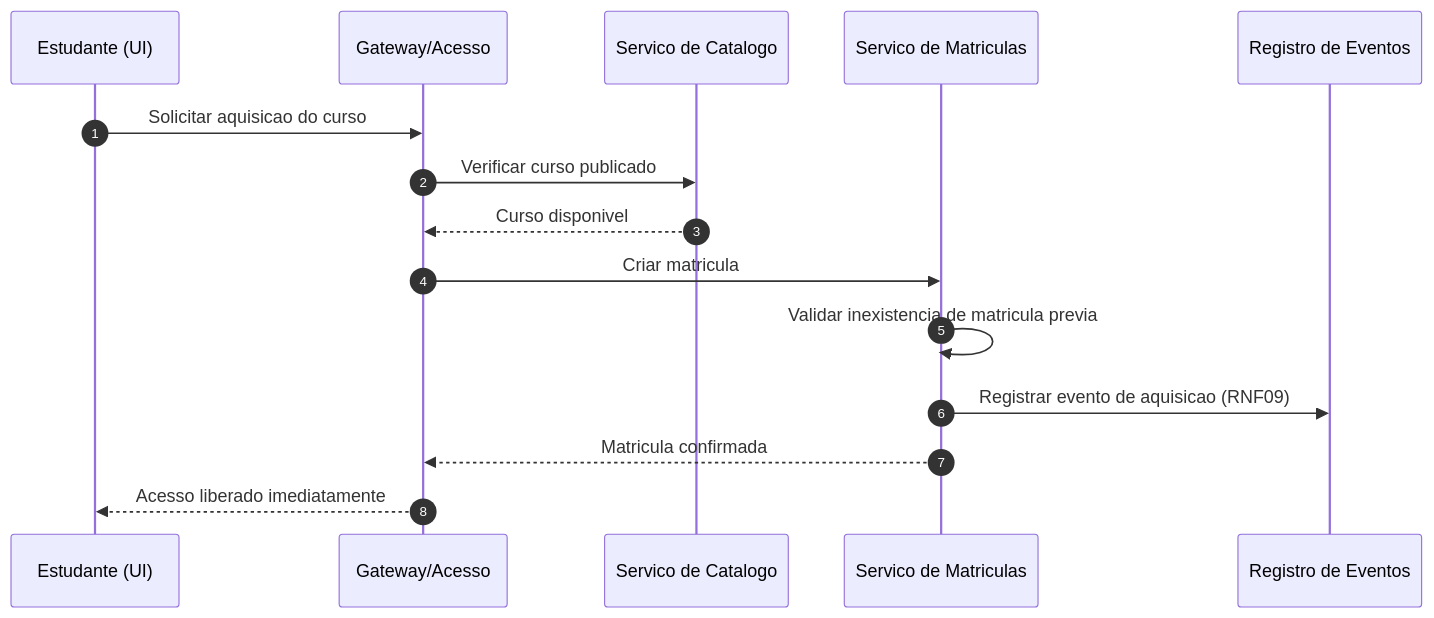
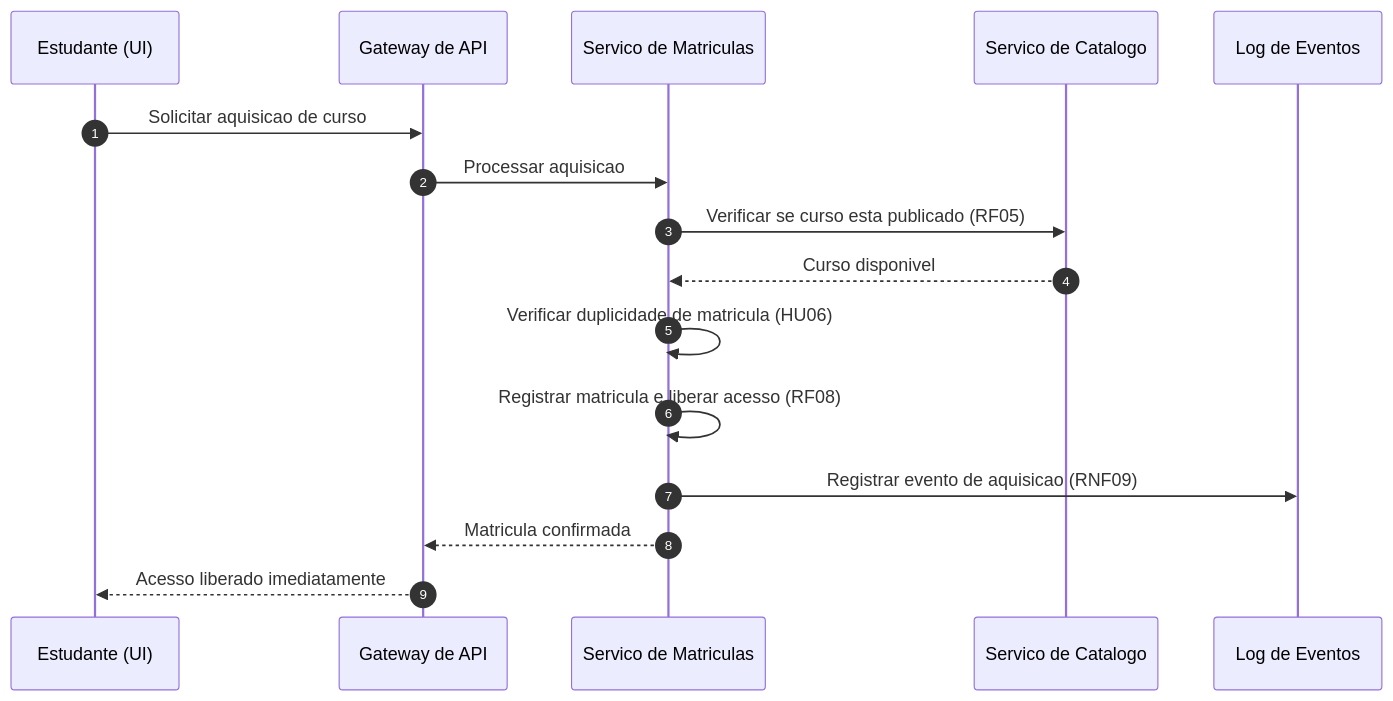
Before and after one commit to PDC-ESIA/AI4ES: the third of 3 diagrams in docs/Time_2_Design/analise-qualitativa/outputs/relatorio_claude_fable_5_M01.md, drawn with Mermaid. The commit also changed other lines of this file and 107 other files, not shown here.

````diff
--- a/docs/Time_2_Design/analise-qualitativa/outputs/relatorio_claude_fable_5_M01.md
+++ b/docs/Time_2_Design/analise-qualitativa/outputs/relatorio_claude_fable_5_M01.md
@@ -107,18 +109,19 @@
 ```mermaid
 sequenceDiagram
     autonumber
-    participant E as Estudante (UI)
-    participant GW as Gateway/Acesso
+    participant EST as Estudante (UI)
+    participant GW as Gateway de API
+    participant ENR as Servico de Matriculas
     participant CAT as Servico de Catalogo
-    participant ENR as Servico de Matriculas
-    participant LOG as Registro de Eventos
+    participant LOG as Log de Eventos
 
-    E->>GW: Solicitar aquisicao do curso
-    GW->>CAT: Verificar curso publicado
-    CAT-->>GW: Curso disponivel
-    GW->>ENR: Criar matricula
-    ENR->>ENR: Validar inexistencia de matricula previa
+    EST->>GW: Solicitar aquisicao de curso
+    GW->>ENR: Processar aquisicao
+    ENR->>CAT: Verificar se curso esta publicado (RF05)
+    CAT-->>ENR: Curso disponivel
+    ENR->>ENR: Verificar duplicidade de matricula (HU06)
+    ENR->>ENR: Registrar matricula e liberar acesso (RF08)
     ENR->>LOG: Registrar evento de aquisicao (RNF09)
     ENR-->>GW: Matricula confirmada
-    GW-->>E: Acesso liberado imediatamente
+    GW-->>EST: Acesso liberado imediatamente
 ```
````
